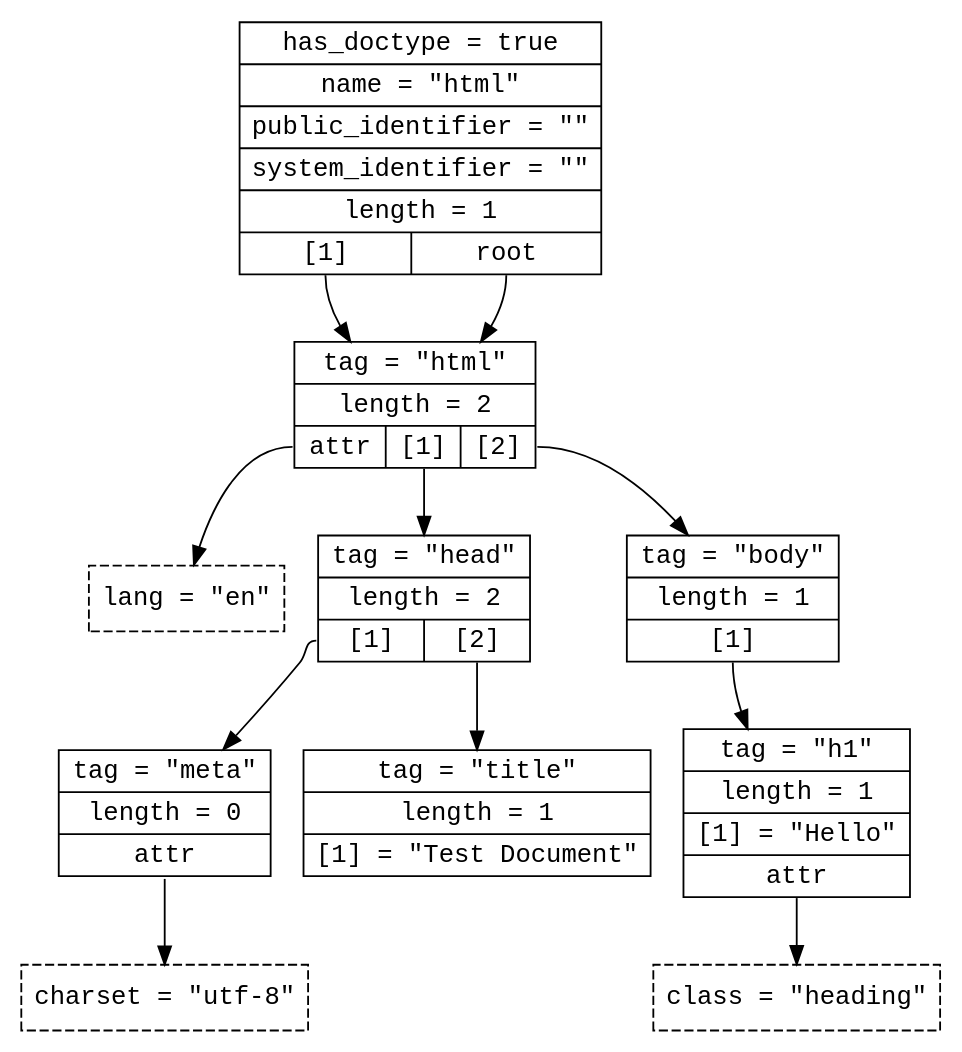
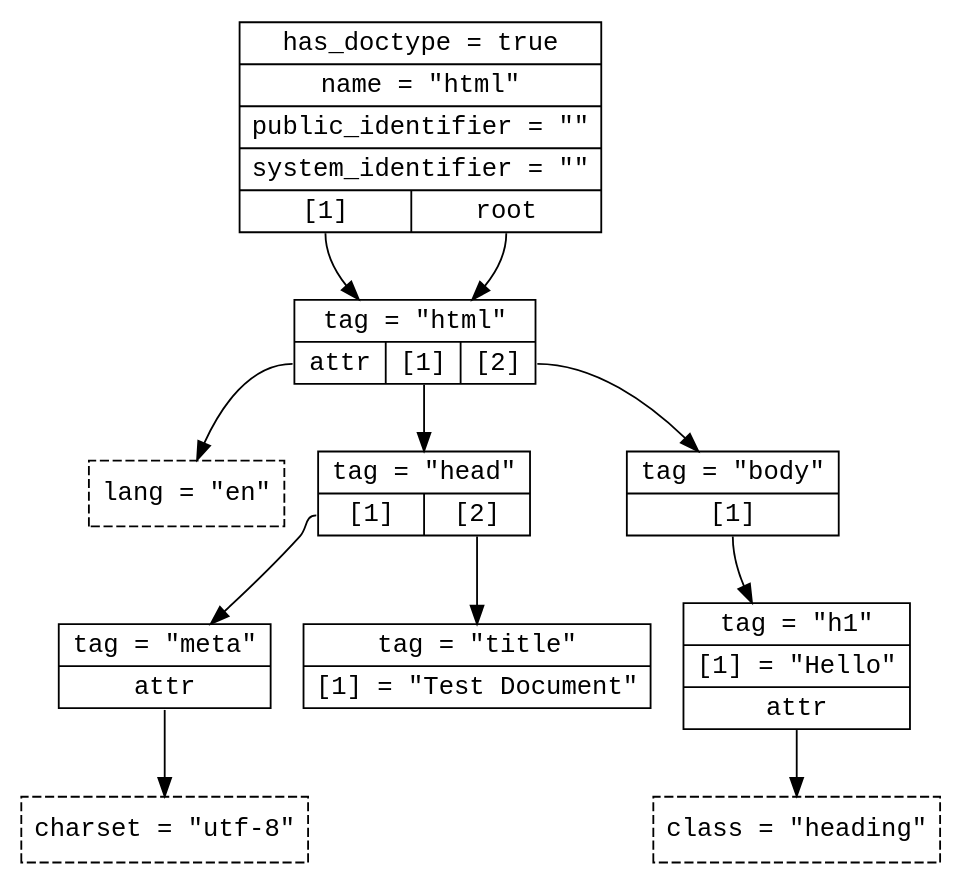
One commit to craigbarnes/lua-gumbo changed the diagram in examples/graph.dot. Above: the diagram before and after it, drawn with Graphviz.

Commit message:
Clean up graph.dot

```diff
--- a/examples/graph.dot
+++ b/examples/graph.dot
@@ -1,29 +1,29 @@
 // This graph illustrates the parse structure of graph.html
 // To compile, use: dot -T png -o graph.png graph.dot
 // or run "make examples/graph.png" in the base directory
 
 digraph {
     node      [shape=record fontname=monospace]
 
-    doc       [label="{has_doctype = true|name = \"html\"|public_identifier = \"\"|system_identifier = \"\"|length = 1|{<1>[1]|<root>root}}"]
-    html      [label="{tag = \"html\"|length = 2|{<attr>attr|<1>[1]|<2>[2]}}"]
+    doc       [label="{has_doctype = true|name = \"html\"|public_identifier = \"\"|system_identifier = \"\"|{<1>[1]|<root>root}}"]
+    html      [label="{tag = \"html\"|{<attr>attr|<1>[1]|<2>[2]}}"]
     attr_html [label="{lang = \"en\"}" style=dashed]
-    head      [label="{tag = \"head\"|length = 2|{<1>[1]|<2>[2]}}"]
-    title     [label="{tag = \"title\"|length = 1|<1>[1] = \"Test Document\"}"]
-    meta      [label="{tag = \"meta\"|length = 0|<attr>attr}"]
+    head      [label="{tag = \"head\"|{<1>[1]|<2>[2]}}"]
+    title     [label="{tag = \"title\"|<1>[1] = \"Test Document\"}"]
+    meta      [label="{tag = \"meta\"|<attr>attr}"]
     attr_meta [label="{charset = \"utf-8\"}" style=dashed]
-    body      [label="{tag = \"body\"|length = 1|{<1>[1]}}"]
-    h1        [label="{tag = \"h1\"|length = 1|[1] = \"Hello\"|<attr>attr}"]
+    body      [label="{tag = \"body\"|{<1>[1]}}"]
+    h1        [label="{tag = \"h1\"|[1] = \"Hello\"|<attr>attr}"]
     attr_h1   [label="{class = \"heading\"}" style=dashed]
 
     doc:root  -> html
     doc:1     -> html
     html:attr -> attr_html
     html:1    -> head
     html:2    -> body
     head:1    -> meta
     head:2    -> title
     meta:attr -> attr_meta
     body:1    -> h1
     h1:attr   -> attr_h1
 }
```
